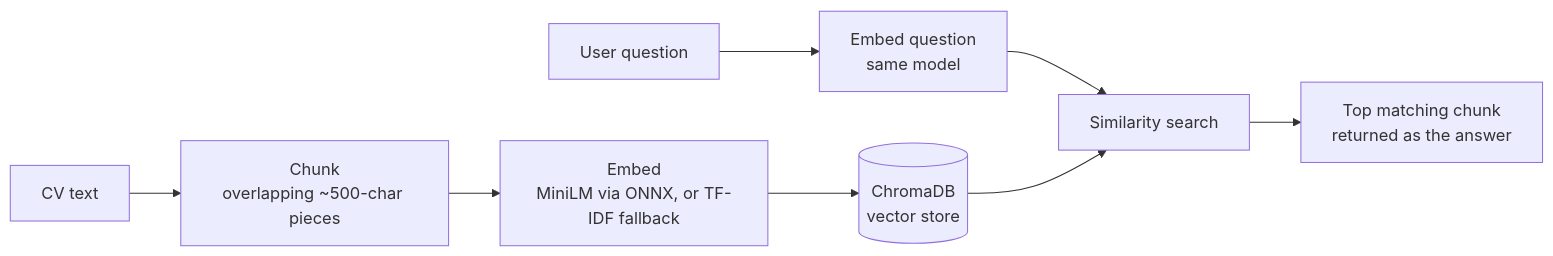
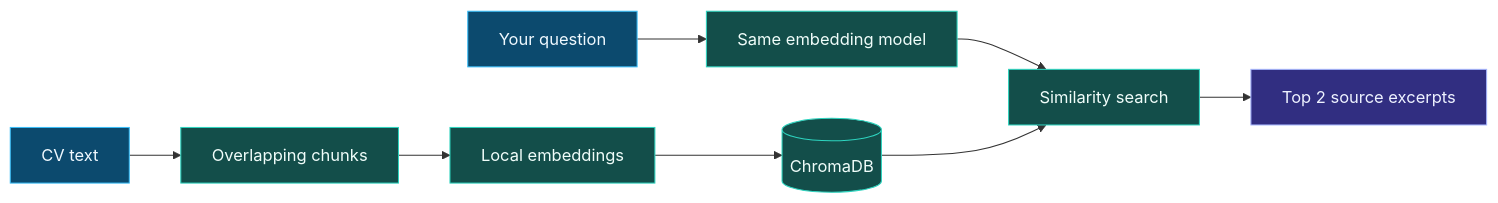
One commit to layankhayyat04-ui/cv-rag-chatbot changed the diagram in README.md. Above: the diagram before and after it, drawn with Mermaid. The commit also changed other lines of this file, not shown here.

````diff
--- a/README.md
+++ b/README.md
@@ -28,10 +53,17 @@
 ```mermaid
 flowchart LR
-    A[CV text] --> B[Chunk\noverlapping ~500-char pieces]
-    B --> C[Embed\nMiniLM via ONNX, or TF-IDF fallback]
-    C --> D[(ChromaDB\nvector store)]
-    E[User question] --> F[Embed question\nsame model]
-    F --> G[Similarity search]
+    A["CV text"] --> B["Overlapping chunks"]
+    B --> C["Local embeddings"]
+    C --> D[("ChromaDB")]
+    E["Your question"] --> F["Same embedding model"]
+    F --> G["Similarity search"]
     D --> G
-    G --> H[Top matching chunk\nreturned as the answer]
+    G --> H["Top 2 source excerpts"]
+
+    classDef input fill:#0c4a6e,stroke:#38bdf8,color:#f0f9ff
+    classDef process fill:#134e4a,stroke:#2dd4bf,color:#f0fdfa
+    classDef output fill:#312e81,stroke:#a5b4fc,color:#eef2ff
+    class A,E input
+    class B,C,D,F,G process
+    class H output
 ```
````
